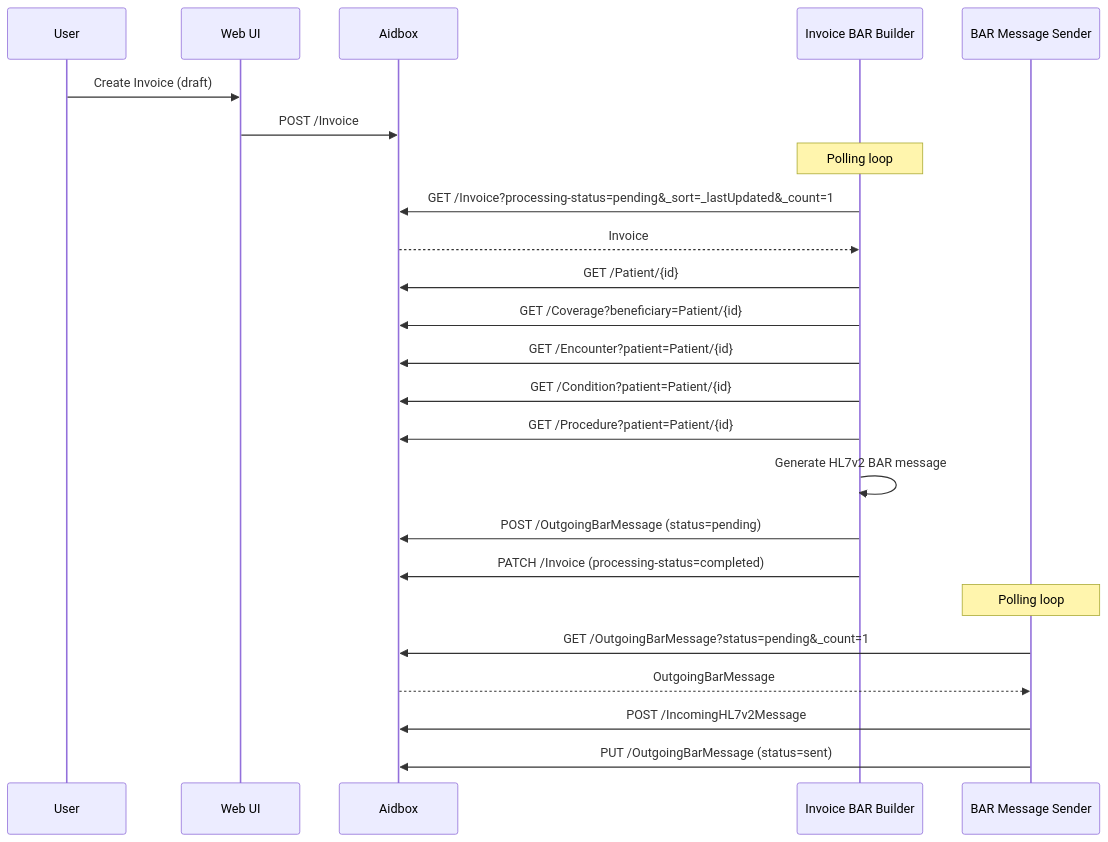
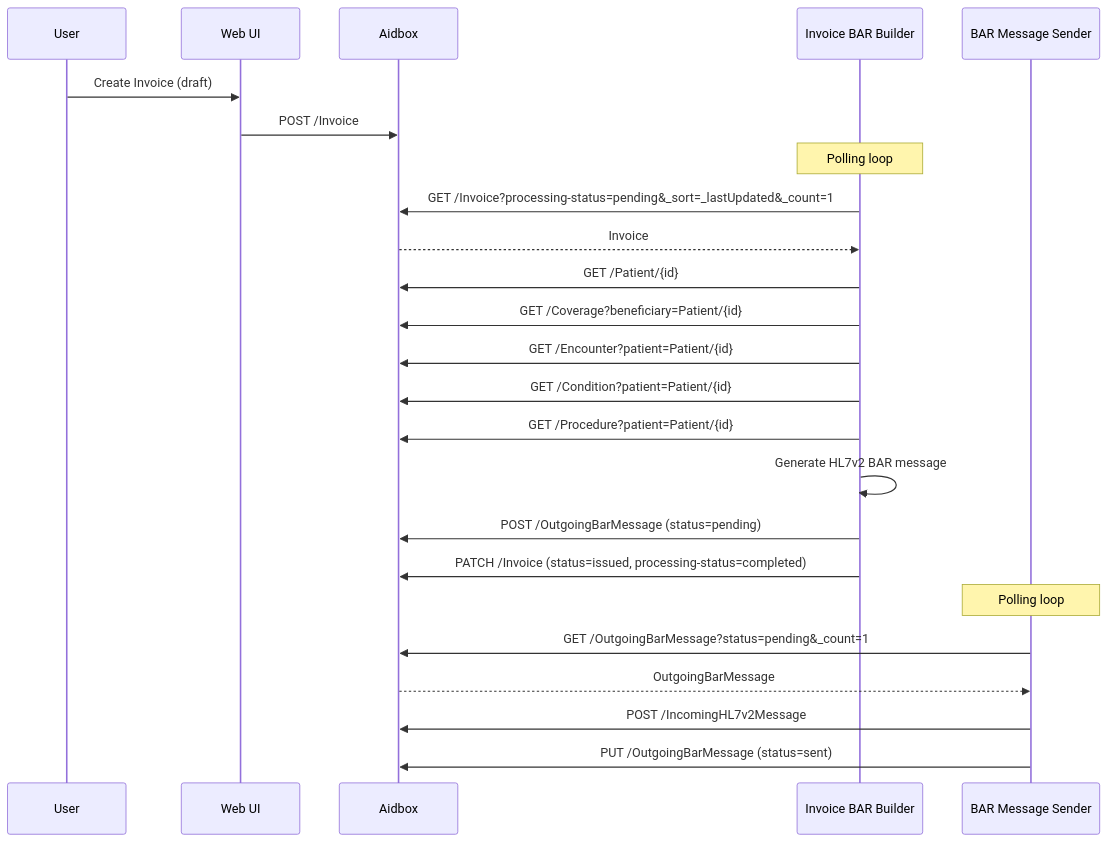
The fourth of 7 diagrams in docs/developer-guide/architecture.md (Aidbox/aidbox-hl7v2-example), drawn with Mermaid before and after one commit. The commit also changed other lines of this file and 14 other files, not shown here.

````diff
--- a/docs/developer-guide/architecture.md
+++ b/docs/developer-guide/architecture.md
@@ -155,32 +155,32 @@
 ```mermaid
 sequenceDiagram
     participant User
     participant UI as Web UI
     participant Aidbox
     participant Builder as Invoice BAR Builder
     participant Sender as BAR Message Sender
 
     User->>UI: Create Invoice (draft)
     UI->>Aidbox: POST /Invoice
 
     Note over Builder: Polling loop
     Builder->>Aidbox: GET /Invoice?processing-status=pending&_sort=_lastUpdated&_count=1
     Aidbox-->>Builder: Invoice
 
     Builder->>Aidbox: GET /Patient/{id}
     Builder->>Aidbox: GET /Coverage?beneficiary=Patient/{id}
     Builder->>Aidbox: GET /Encounter?patient=Patient/{id}
     Builder->>Aidbox: GET /Condition?patient=Patient/{id}
     Builder->>Aidbox: GET /Procedure?patient=Patient/{id}
 
     Builder->>Builder: Generate HL7v2 BAR message
     Builder->>Aidbox: POST /OutgoingBarMessage (status=pending)
-    Builder->>Aidbox: PATCH /Invoice (processing-status=completed)
+    Builder->>Aidbox: PATCH /Invoice (status=issued, processing-status=completed)
 
     Note over Sender: Polling loop
     Sender->>Aidbox: GET /OutgoingBarMessage?status=pending&_count=1
     Aidbox-->>Sender: OutgoingBarMessage
 
     Sender->>Aidbox: POST /IncomingHL7v2Message
     Sender->>Aidbox: PUT /OutgoingBarMessage (status=sent)
 ```
````
